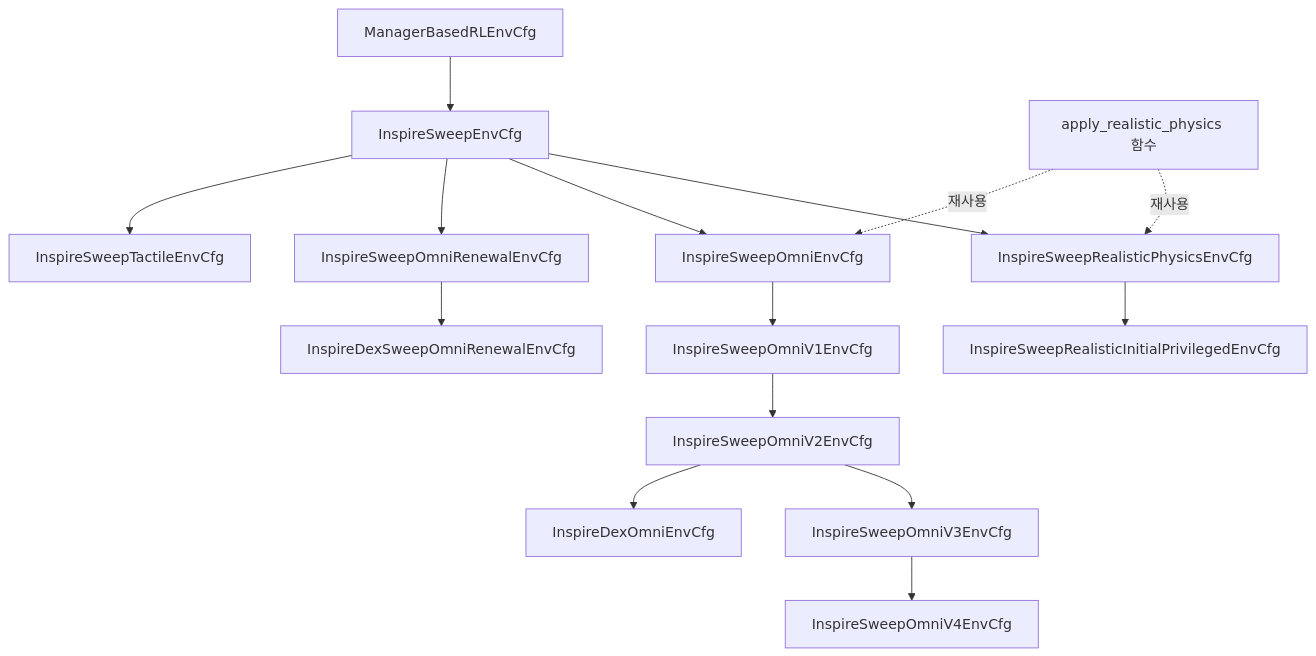
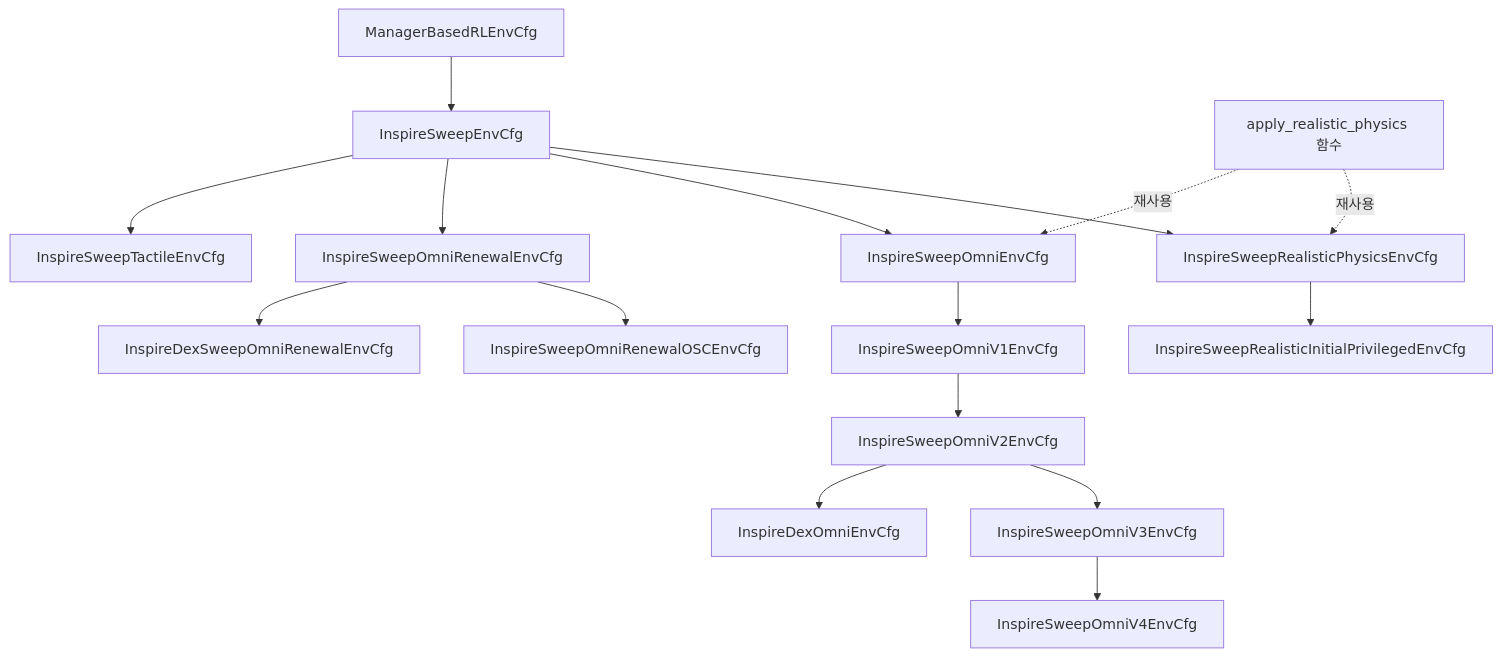
Before and after one commit to 7cmdehdrb/Contact-Rich-Manipulation-Context: the diagram in 02_implementation/08_ACTIVE_ENVIRONMENTS.md, drawn with Mermaid. The commit also changed other lines of this file and 4 other files, not shown here.

Commit message:
Add Renewal OSC environment and playback speed options with validation

````diff
--- a/02_implementation/08_ACTIVE_ENVIRONMENTS.md
+++ b/02_implementation/08_ACTIVE_ENVIRONMENTS.md
@@ -39,17 +40,18 @@
 ```mermaid
 flowchart TD
     Base[ManagerBasedRLEnvCfg] --> Baseline[InspireSweepEnvCfg]
     Baseline --> Realistic[InspireSweepRealisticPhysicsEnvCfg]
     Realistic --> Initial[InspireSweepRealisticInitialPrivilegedEnvCfg]
     Baseline --> Omni[InspireSweepOmniEnvCfg]
     Baseline --> Renewal[InspireSweepOmniRenewalEnvCfg]
+    Renewal --> RenewalOSC[InspireSweepOmniRenewalOSCEnvCfg]
     Renewal --> DexRenewal[InspireDexSweepOmniRenewalEnvCfg]
     Baseline --> Tactile[InspireSweepTactileEnvCfg]
     Omni --> OmniV1[InspireSweepOmniV1EnvCfg]
     OmniV1 --> OmniV2[InspireSweepOmniV2EnvCfg]
     OmniV2 --> OmniV3[InspireSweepOmniV3EnvCfg]
     OmniV3 --> OmniV4[InspireSweepOmniV4EnvCfg]
     OmniV2 --> DexOmni[InspireDexOmniEnvCfg]
     Physics[apply_realistic_physics 함수] -. 재사용 .-> Realistic
     Physics -. 재사용 .-> Omni
 ```
````
